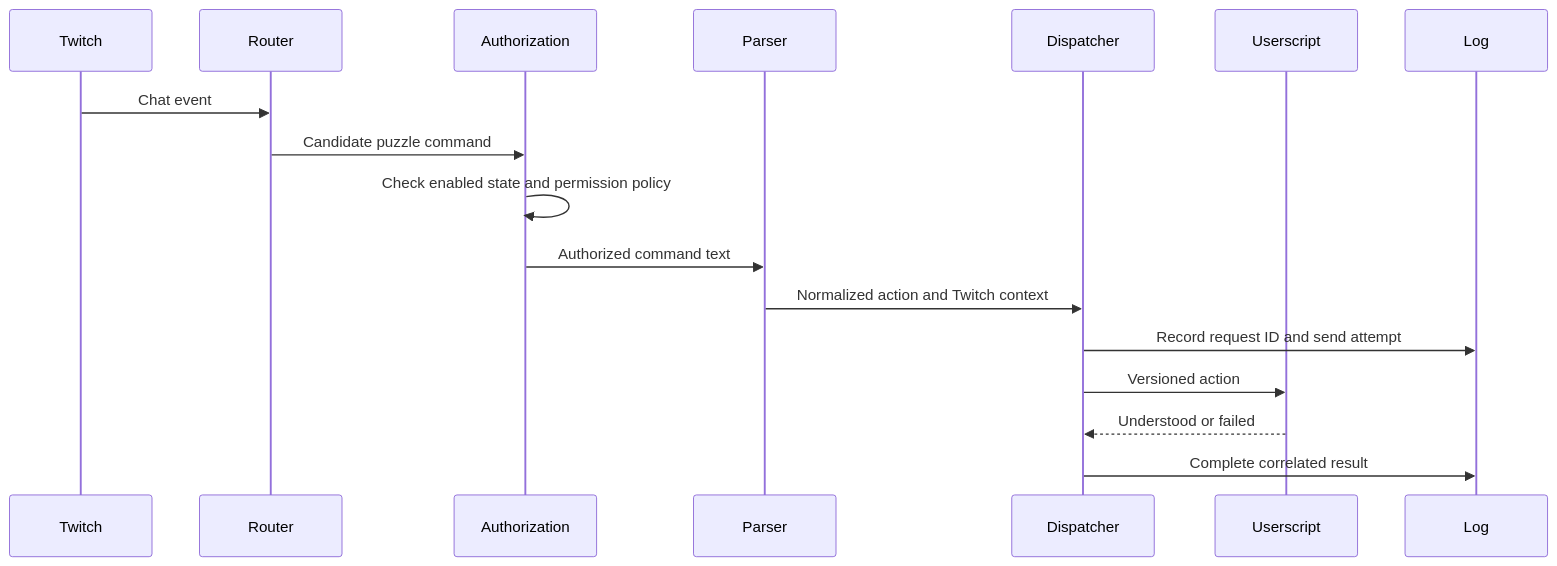
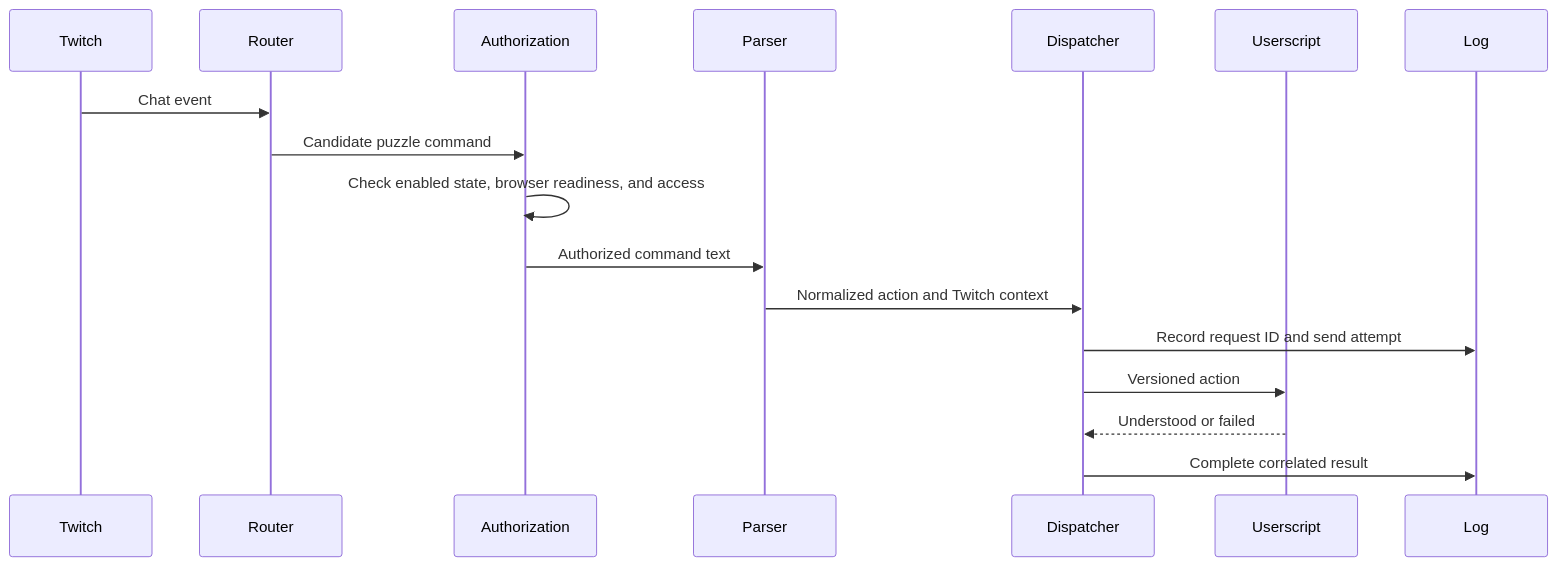
The third of 3 diagrams in docs/streamerbot-structure.md (megamug1/SudokuTeamSolve), drawn with Mermaid before and after one commit. The commit also changed other lines of this file and 5 other files, not shown here.

````diff
--- a/docs/streamerbot-structure.md
+++ b/docs/streamerbot-structure.md
@@ -94,20 +108,20 @@
 ```mermaid
 sequenceDiagram
     participant T as Twitch
     participant R as Router
     participant A as Authorization
     participant P as Parser
     participant D as Dispatcher
     participant U as Userscript
     participant L as Log
 
     T->>R: Chat event
     R->>A: Candidate puzzle command
-    A->>A: Check enabled state and permission policy
+    A->>A: Check enabled state, browser readiness, and access
     A->>P: Authorized command text
     P->>D: Normalized action and Twitch context
     D->>L: Record request ID and send attempt
     D->>U: Versioned action
     U-->>D: Understood or failed
     D->>L: Complete correlated result
 ```
````
